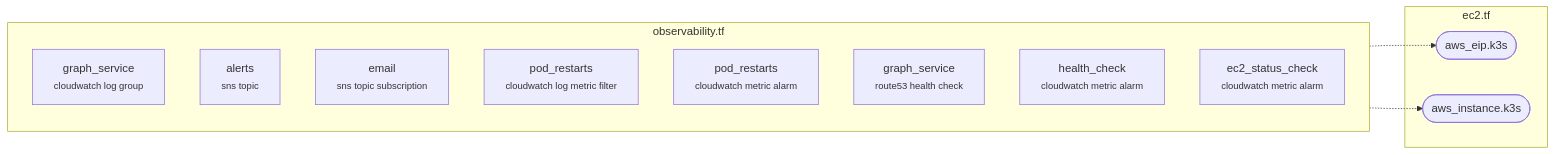
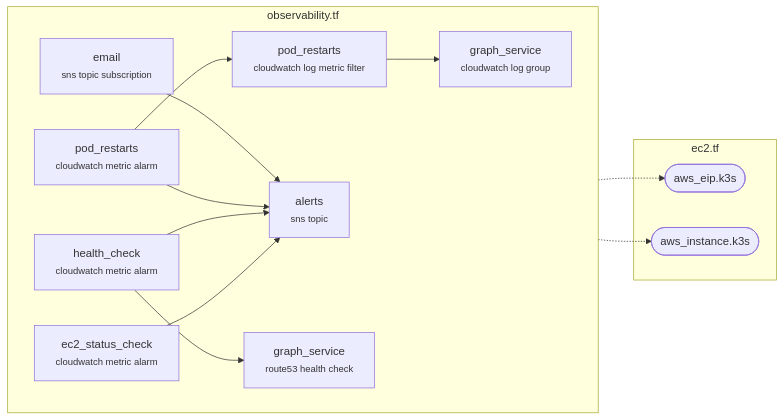
Before and after one commit to macamp0328/liner-notes: the diagram in infra/diagrams/per-file/observability.mmd, drawn with Mermaid. The commit also changed 8 other files, not shown here.

First line of the commit message:
feat: cluster + colorize resource graph, accurate per-resource Mermaid edges (#138)

```diff
--- a/infra/diagrams/per-file/observability.mmd
+++ b/infra/diagrams/per-file/observability.mmd
@@ -1,19 +1,27 @@
 %% Auto-generated by scripts/diagrams/generate.ts — do not edit by hand.
 %% Source: infra/terraform/observability.tf
 flowchart LR
   subgraph this["observability.tf"]
+    direction LR
     aws_cloudwatch_log_group_graph_service["graph_service<br/><small>cloudwatch log group</small>"]
     aws_sns_topic_alerts["alerts<br/><small>sns topic</small>"]
     aws_sns_topic_subscription_email["email<br/><small>sns topic subscription</small>"]
     aws_cloudwatch_log_metric_filter_pod_restarts["pod_restarts<br/><small>cloudwatch log metric filter</small>"]
     aws_cloudwatch_metric_alarm_pod_restarts["pod_restarts<br/><small>cloudwatch metric alarm</small>"]
     aws_route53_health_check_graph_service["graph_service<br/><small>route53 health check</small>"]
     aws_cloudwatch_metric_alarm_health_check["health_check<br/><small>cloudwatch metric alarm</small>"]
     aws_cloudwatch_metric_alarm_ec2_status_check["ec2_status_check<br/><small>cloudwatch metric alarm</small>"]
   end
   subgraph ext_ec2_tf["ec2.tf"]
     aws_eip_k3s(["aws_eip.k3s"])
     aws_instance_k3s(["aws_instance.k3s"])
   end
-  this -.-> aws_eip_k3s
-  this -.-> aws_instance_k3s
+  aws_cloudwatch_log_metric_filter_pod_restarts --> aws_cloudwatch_log_group_graph_service
+  aws_cloudwatch_metric_alarm_ec2_status_check -.-> aws_instance_k3s
+  aws_cloudwatch_metric_alarm_ec2_status_check --> aws_sns_topic_alerts
+  aws_cloudwatch_metric_alarm_health_check --> aws_route53_health_check_graph_service
+  aws_cloudwatch_metric_alarm_health_check --> aws_sns_topic_alerts
+  aws_cloudwatch_metric_alarm_pod_restarts --> aws_cloudwatch_log_metric_filter_pod_restarts
+  aws_cloudwatch_metric_alarm_pod_restarts --> aws_sns_topic_alerts
+  aws_route53_health_check_graph_service -.-> aws_eip_k3s
+  aws_sns_topic_subscription_email --> aws_sns_topic_alerts
```
